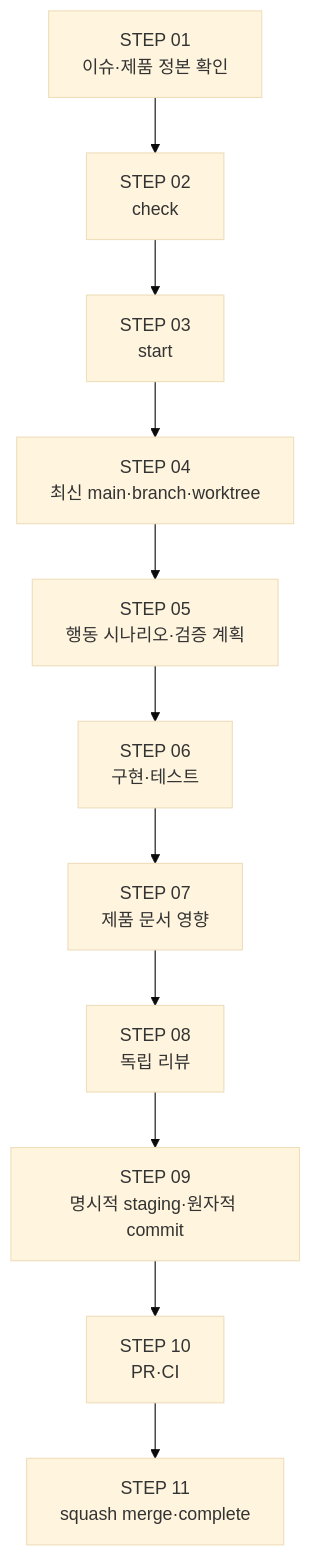
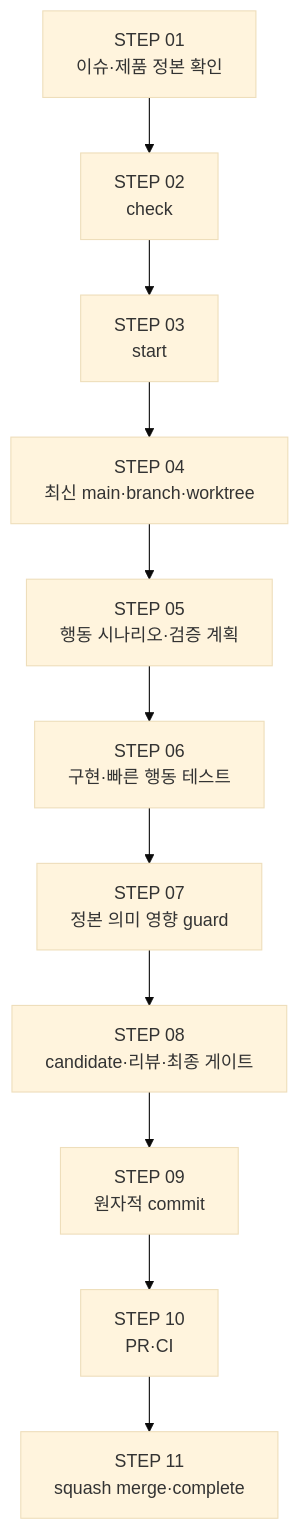
The diagram in docs/development/01_harness_guide.md (GoCalendar/LunchTime), drawn with Mermaid (base theme) before and after one commit. The commit also changed other lines of this file and 10 other files, not shown here.

````diff
--- a/docs/development/01_harness_guide.md
+++ b/docs/development/01_harness_guide.md
@@ -10,13 +10,13 @@
 ```mermaid
 flowchart TD
     S01["STEP 01<br/>이슈·제품 정본 확인"] --> S02["STEP 02<br/>check"]
     S02 --> S03["STEP 03<br/>start"]
     S03 --> S04["STEP 04<br/>최신 main·branch·worktree"]
     S04 --> S05["STEP 05<br/>행동 시나리오·검증 계획"]
-    S05 --> S06["STEP 06<br/>구현·테스트"]
-    S06 --> S07["STEP 07<br/>제품 문서 영향"]
-    S07 --> S08["STEP 08<br/>독립 리뷰"]
-    S08 --> S09["STEP 09<br/>명시적 staging·원자적 commit"]
+    S05 --> S06["STEP 06<br/>구현·빠른 행동 테스트"]
+    S06 --> S07["STEP 07<br/>정본 의미 영향 guard"]
+    S07 --> S08["STEP 08<br/>candidate·리뷰·최종 게이트"]
+    S08 --> S09["STEP 09<br/>원자적 commit"]
     S09 --> S10["STEP 10<br/>PR·CI"]
     S10 --> S11["STEP 11<br/>squash merge·complete"]
 ```
````
